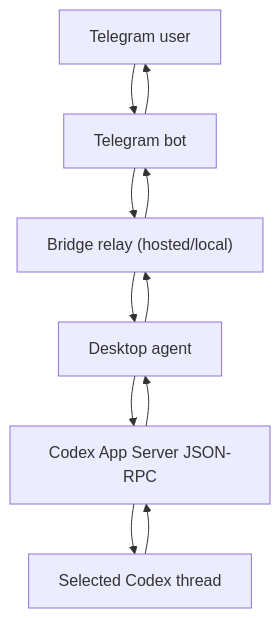
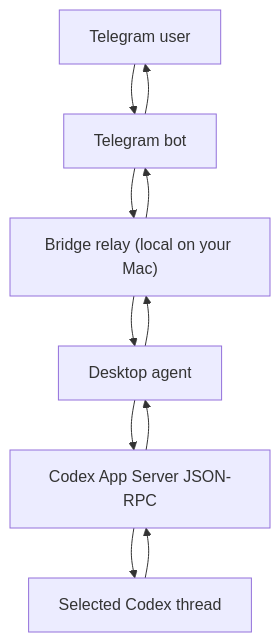
Before and after one commit to tonyHu08/CodeX_Telegram: the second of 2 diagrams in README.md, drawn with Mermaid. The commit also changed other lines of this file, not shown here.

````diff
--- a/README.md
+++ b/README.md
@@ -75,9 +93,9 @@
 ```mermaid
 flowchart TB
     U["Telegram user"] --> T["Telegram bot"]
-    T --> R["Bridge relay (hosted/local)"]
+    T --> R["Bridge relay (local on your Mac)"]
     R --> A["Desktop agent"]
     A --> C["Codex App Server JSON-RPC"]
     C --> TH["Selected Codex thread"]
     TH --> C --> A --> R --> T --> U
 ```
````
